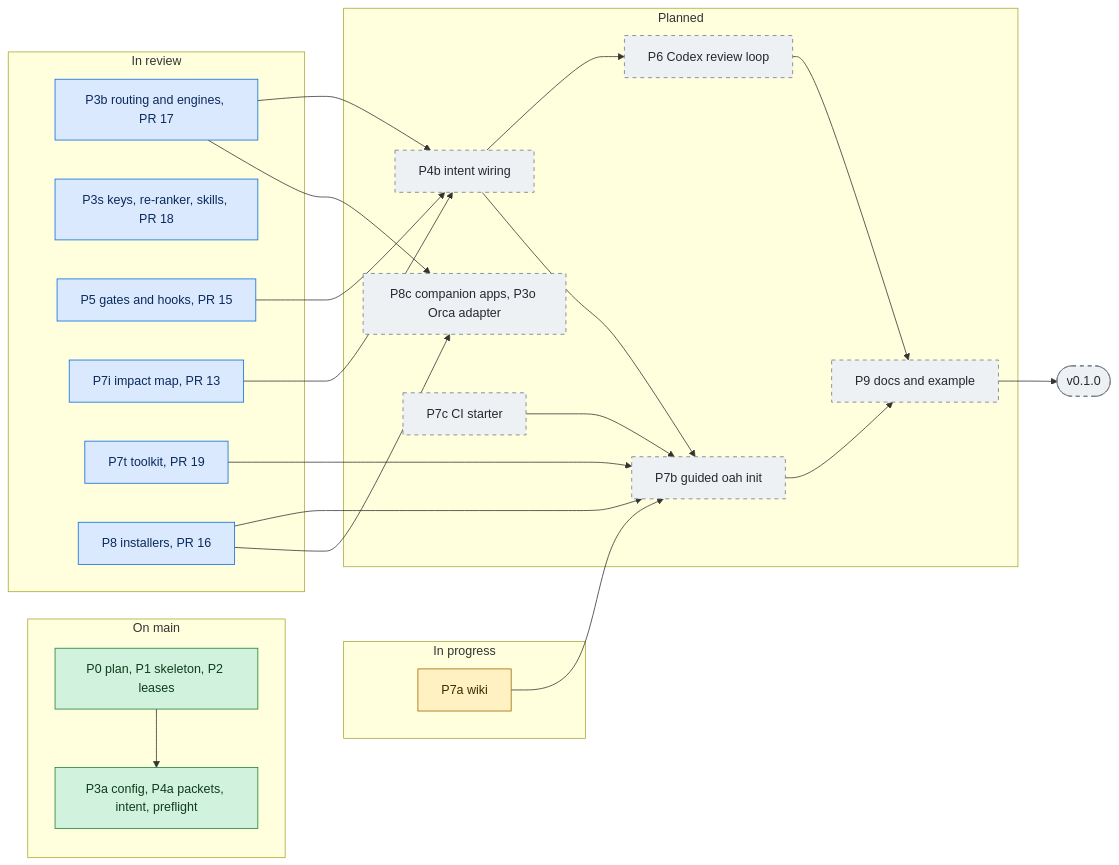
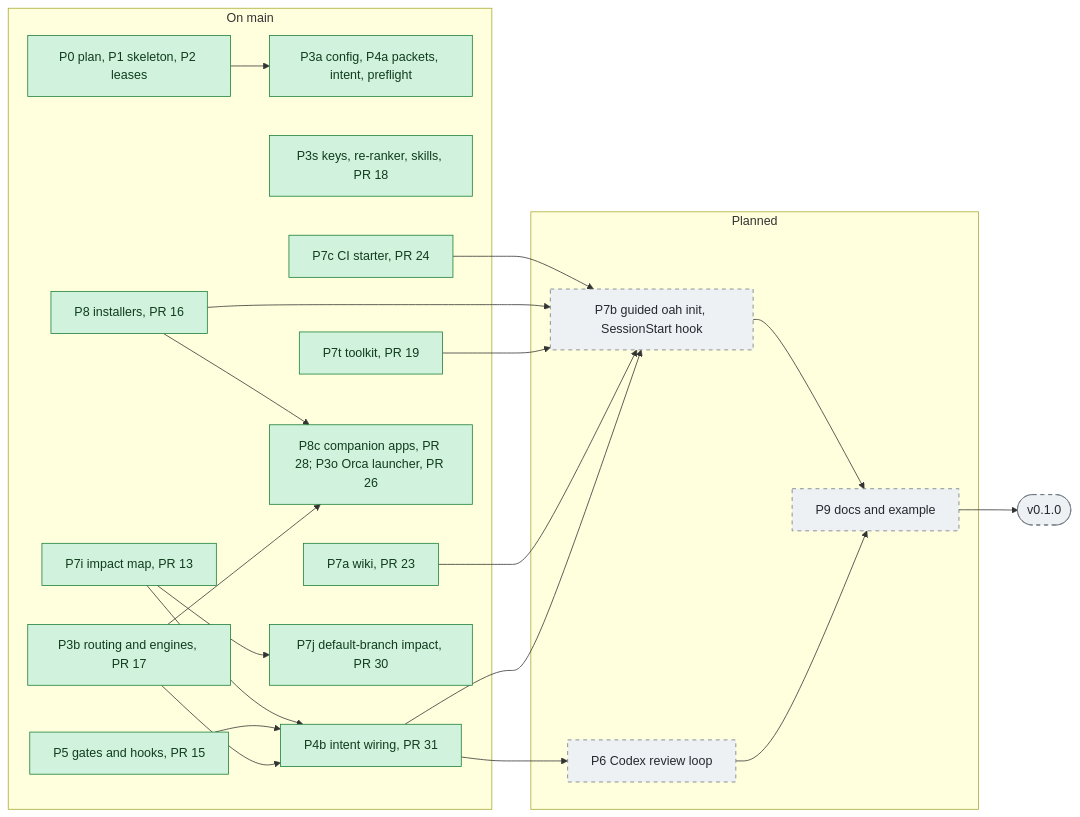
One commit to KenSuh/open-agent-harness changed the eighth of 8 diagrams in README.md. Above: the diagram before and after it, drawn with Mermaid. The commit also changed other lines of this file and 2 other files, not shown here.

````diff
--- a/README.md
+++ b/README.md
@@ -809,56 +819,48 @@
 ```mermaid
 flowchart LR
     subgraph onmain["On main"]
         A["P0 plan, P1 skeleton, P2 leases"]
         B["P3a config, P4a packets, intent, preflight"]
-    end
-
-    subgraph inreview["In review"]
         C["P3b routing and engines, PR 17"]
         D["P3s keys, re-ranker, skills, PR 18"]
         E["P5 gates and hooks, PR 15"]
         F["P7i impact map, PR 13"]
         G["P7t toolkit, PR 19"]
         H["P8 installers, PR 16"]
-    end
-
-    subgraph building["In progress"]
-        I["P7a wiki"]
+        I["P7a wiki, PR 23"]
+        J["P4b intent wiring, PR 31"]
+        N["P8c companion apps, PR 28; P3o Orca launcher, PR 26"]
+        Q["P7c CI starter, PR 24"]
+        R["P7j default-branch impact, PR 30"]
     end
 
     subgraph later["Planned"]
-        J["P4b intent wiring"]
         K["P6 Codex review loop"]
-        L["P7b guided oah init"]
-        N["P8c companion apps, P3o Orca adapter"]
-        Q["P7c CI starter"]
+        L["P7b guided oah init, SessionStart hook"]
         M["P9 docs and example"]
     end
 
     V1(["v0.1.0"])
 
     A --> B
     C --> J
     E --> J
     F --> J
+    F --> R
     J --> K
     J --> L
     I --> L
     G --> L
     H --> L
     C --> N
     H --> N
     Q --> L
     K --> M
     L --> M
     M --> V1
 
     classDef avail fill:#d1f2dc,stroke:#1a7f37,color:#0f3d1e
-    classDef review fill:#dbe9ff,stroke:#0969da,color:#0a2a5c
-    classDef progress fill:#fff1c2,stroke:#9a6700,color:#3d2a00
     classDef planned fill:#eef1f4,stroke:#6e7781,color:#24292f,stroke-dasharray: 5 5
-    class A,B avail
-    class C,D,E,F,G,H review
-    class I progress
-    class J,K,L,M,N,Q,V1 planned
+    class A,B,C,D,E,F,G,H,I,J,N,Q,R avail
+    class K,L,M,V1 planned
 ```
````
